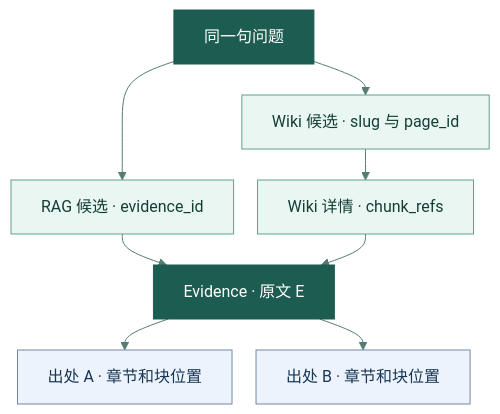
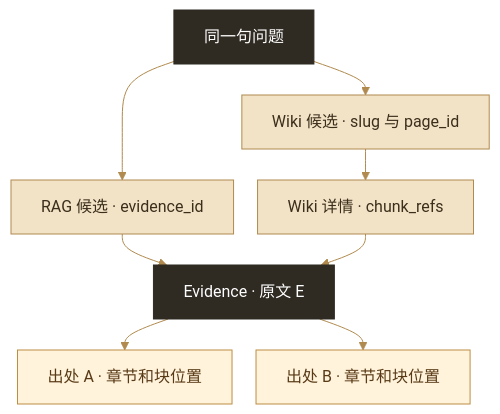
One commit to wenmo-yu/careerlens changed the diagram in tutorials/04-knowledge-base/05-D-Wiki查询与综合验收.md. Above: the diagram before and after it, drawn with Mermaid. The commit also changed other lines of this file and 6 other files, not shown here.

````diff
--- a/tutorials/04-knowledge-base/05-D-Wiki查询与综合验收.md
+++ b/tutorials/04-knowledge-base/05-D-Wiki查询与综合验收.md
@@ -11,18 +15,18 @@
 ```mermaid
-%%{init: {"theme":"base","themeVariables":{"fontFamily":"system-ui, sans-serif","lineColor":"#567b72","edgeLabelBackground":"#f4f8f6"},"flowchart":{"nodeSpacing":24,"rankSpacing":31,"curve":"basis"}}}%%
+%%{init: {"theme":"base","themeVariables":{"fontFamily":"system-ui, sans-serif","lineColor":"#b08a4e","edgeLabelBackground":"#faf6ed","primaryColor":"#fdfbf6","primaryBorderColor":"#c9a86a","primaryTextColor":"#2a2620","lineColorText":"#2a2620"},"flowchart":{"nodeSpacing":24,"rankSpacing":31,"curve":"basis"}}}%%
 flowchart TD
     accTitle: 同一句问题从原始证据或主题页回到出处
     q["同一句问题"] --> r["RAG 候选 · evidence_id"]
     q --> w["Wiki 候选 · slug 与 page_id"]
     r --> e["Evidence · 原文 E"]
     w --> p["Wiki 详情 · chunk_refs"]
     p --> e
     e --> a["出处 A · 章节和块位置"]
     e --> b["出处 B · 章节和块位置"]
     class q,e endpoints
     class r,w,p retrieve
     class a,b locations
-    classDef endpoints fill:#1d5c50,stroke:#1d5c50,color:#ffffff
-    classDef retrieve fill:#eaf6f1,stroke:#60a28d,color:#143f36
-    classDef locations fill:#edf3fc,stroke:#7188a8,color:#183754
+    classDef endpoints fill:#2f2a22,stroke:#2f2a22,color:#fff
+    classDef retrieve fill:#f2e3c7,stroke:#b08a4e,color:#3b2f1c
+    classDef locations fill:#fff3dc,stroke:#bd8d44,color:#593a16
 ```
````
